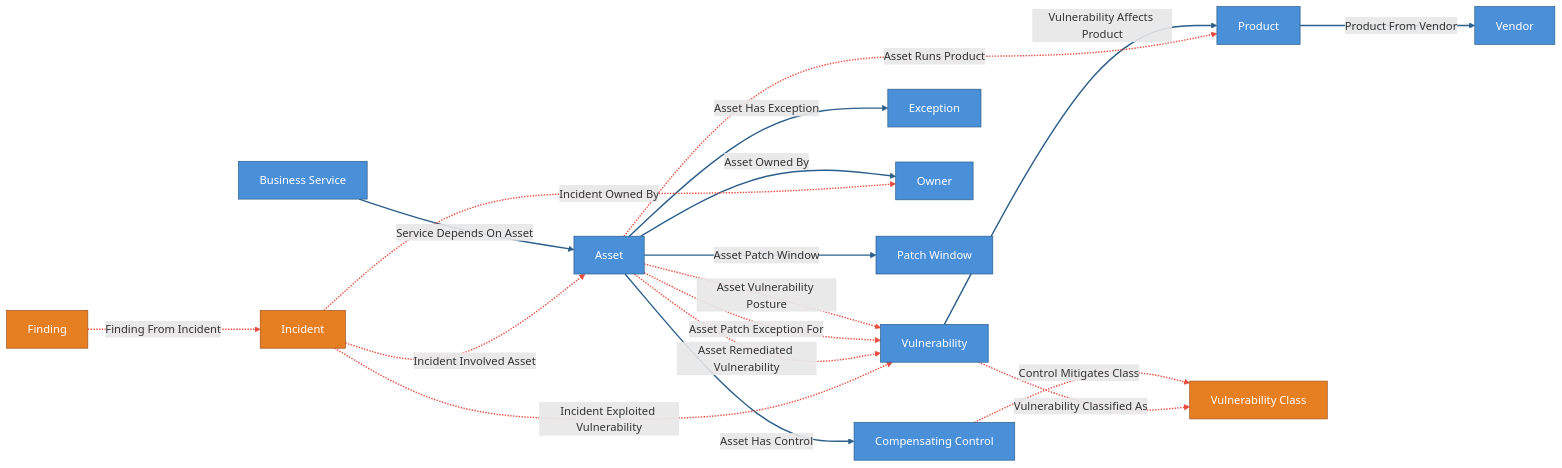
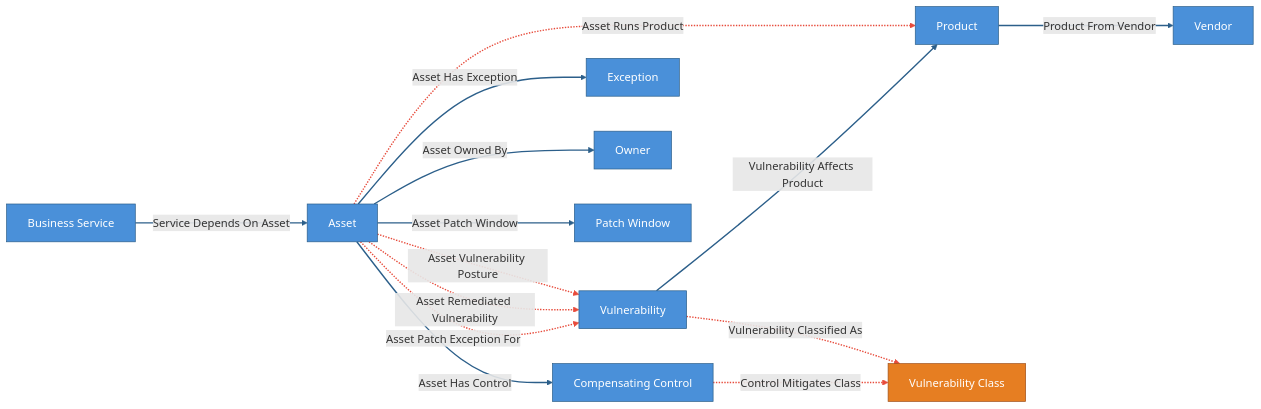
One commit to cruxible-ai/cruxible changed the first of 3 diagrams in kits/kev-triage/README.md. Above: the diagram before and after it, drawn with Mermaid. The commit also changed other lines of this file and 11 other files, not shown here.

````diff
--- a/kits/kev-triage/README.md
+++ b/kits/kev-triage/README.md
@@ -40,43 +40,37 @@
 ```mermaid
 flowchart LR
   classDef canonicalEntity fill:#4a90d9,stroke:#2c5f8a,color:#fff
   classDef governedEntity fill:#e67e22,stroke:#a0521c,color:#fff
 
   entity_Asset["Asset"]
   entity_BusinessService["Business Service"]
   entity_CompensatingControl["Compensating Control"]
   entity_Exception["Exception"]
-  entity_Finding["Finding"]
-  entity_Incident["Incident"]
   entity_Owner["Owner"]
   entity_PatchWindow["Patch Window"]
   entity_Product["Product"]
   entity_Vendor["Vendor"]
   entity_Vulnerability["Vulnerability"]
   entity_VulnerabilityClass["Vulnerability Class"]
   class entity_Asset,entity_BusinessService,entity_CompensatingControl,entity_Exception,entity_Owner,entity_PatchWindow,entity_Product,entity_Vendor,entity_Vulnerability canonicalEntity
-  class entity_Finding,entity_Incident,entity_VulnerabilityClass governedEntity
+  class entity_VulnerabilityClass governedEntity
 
   %% Deterministic canonical relationships
   entity_Asset -- "Asset Has Control" --> entity_CompensatingControl
   entity_Asset -- "Asset Has Exception" --> entity_Exception
   entity_Asset -- "Asset Owned By" --> entity_Owner
   entity_Asset -- "Asset Patch Window" --> entity_PatchWindow
   entity_Product -- "Product From Vendor" --> entity_Vendor
   entity_BusinessService -- "Service Depends On Asset" --> entity_Asset
   entity_Vulnerability -- "Vulnerability Affects Product" --> entity_Product
 
   %% Governed proposal/review relationships
-  entity_Asset -. "Asset Vulnerability Posture" .-> entity_Vulnerability
   entity_Asset -. "Asset Patch Exception For" .-> entity_Vulnerability
   entity_Asset -. "Asset Remediated Vulnerability" .-> entity_Vulnerability
   entity_Asset -. "Asset Runs Product" .-> entity_Product
+  entity_Asset -. "Asset Vulnerability Posture" .-> entity_Vulnerability
   entity_CompensatingControl -. "Control Mitigates Class" .-> entity_VulnerabilityClass
-  entity_Finding -. "Finding From Incident" .-> entity_Incident
-  entity_Incident -. "Incident Exploited Vulnerability" .-> entity_Vulnerability
-  entity_Incident -. "Incident Involved Asset" .-> entity_Asset
-  entity_Incident -. "Incident Owned By" .-> entity_Owner
   entity_Vulnerability -. "Vulnerability Classified As" .-> entity_VulnerabilityClass
   linkStyle 0,1,2,3,4,5,6 stroke:#2c5f8a,stroke-width:2px
-  linkStyle 7,8,9,10,11,12,13,14,15,16 stroke:#e74c3c,stroke-width:2px
+  linkStyle 7,8,9,10,11,12 stroke:#e74c3c,stroke-width:2px
 ```
````
